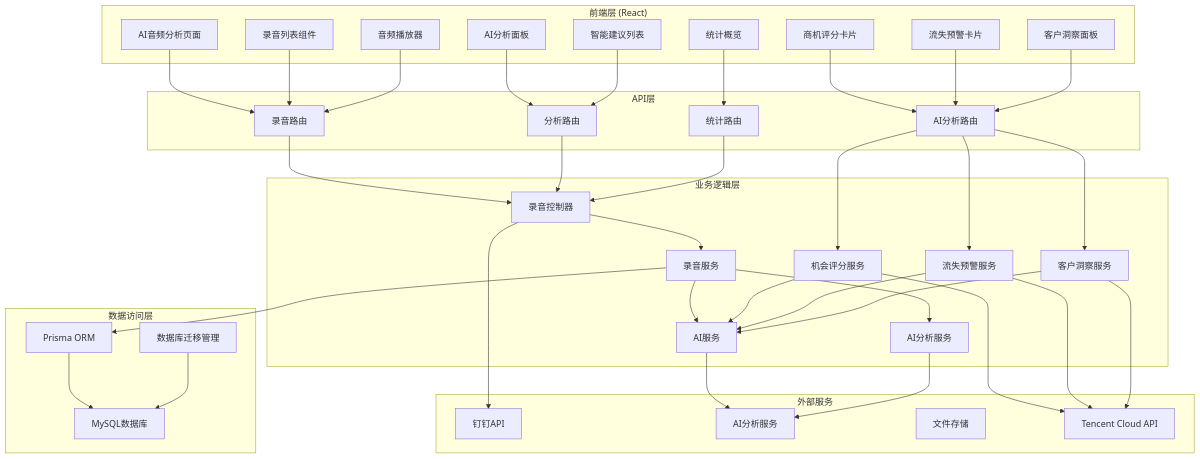
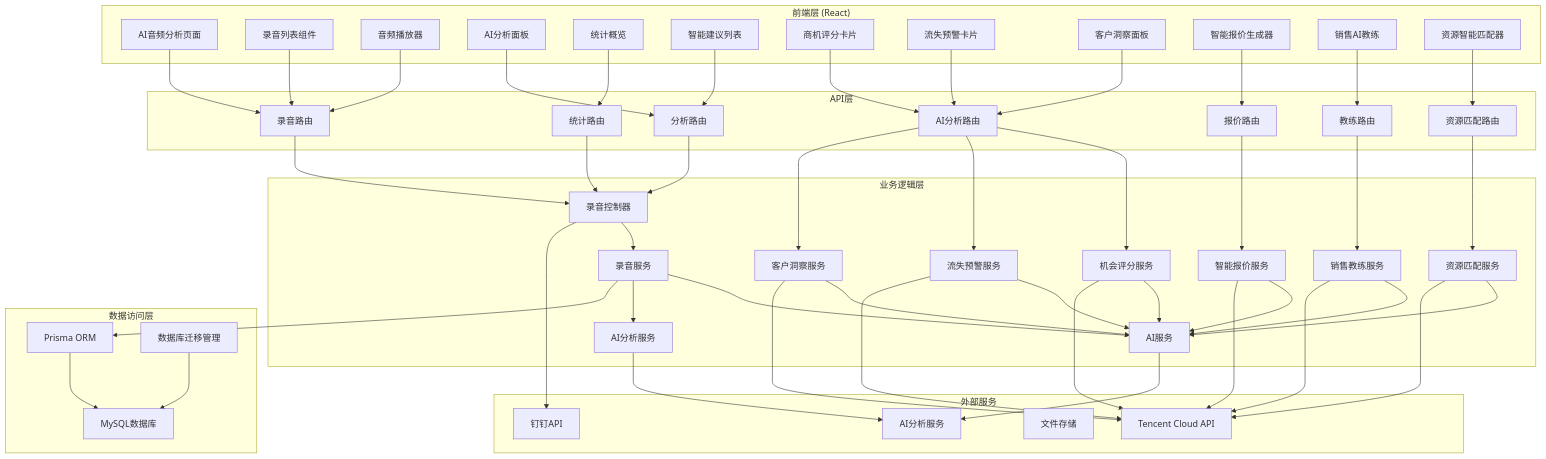
One commit to xianjianshenqu/SalesFlow-CRM changed the first of 11 diagrams in .qoder/repowiki/zh/content/Ai Audio Analysis.md. Above: the diagram before and after it, drawn with Mermaid. The commit also changed other lines of this file and 28 other files, not shown here.

````diff
--- a/.qoder/repowiki/zh/content/Ai Audio Analysis.md
+++ b/.qoder/repowiki/zh/content/Ai Audio Analysis.md
@@ -84,12 +89,18 @@
 FE7[商机评分卡片]
 FE8[流失预警卡片]
 FE9[客户洞察面板]
+FE10[智能报价生成器]
+FE11[销售AI教练]
+FE12[资源智能匹配器]
 end
 subgraph "API层"
 API1[录音路由]
 API2[分析路由]
 API3[统计路由]
 API4[AI分析路由]
+API5[报价路由]
+API6[教练路由]
+API7[资源匹配路由]
 end
 subgraph "业务逻辑层"
 BL1[录音控制器]
@@ -99,6 +110,9 @@
 BL5[机会评分服务]
 BL6[流失预警服务]
 BL7[客户洞察服务]
+BL8[智能报价服务]
+BL9[销售教练服务]
+BL10[资源匹配服务]
 end
 subgraph "数据访问层"
 DA1[Prisma ORM]
@@ -120,18 +134,27 @@
 FE7 --> API4
 FE8 --> API4
 FE9 --> API4
+FE10 --> API5
+FE11 --> API6
+FE12 --> API7
 API1 --> BL1
 API2 --> BL1
 API3 --> BL1
 API4 --> BL5
 API4 --> BL6
 API4 --> BL7
+API5 --> BL8
+API6 --> BL9
+API7 --> BL10
 BL1 --> BL2
 BL2 --> BL3
 BL2 --> BL4
 BL5 --> BL3
 BL6 --> BL3
 BL7 --> BL3
+BL8 --> BL3
+BL9 --> BL3
+BL10 --> BL3
 BL2 --> DA1
 DA1 --> DA2
 DA3 --> DA2
@@ -140,5 +163,8 @@
 BL5 --> ES4
 BL6 --> ES4
 BL7 --> ES4
+BL8 --> ES4
+BL9 --> ES4
+BL10 --> ES4
 BL1 --> ES1
 ```
````
